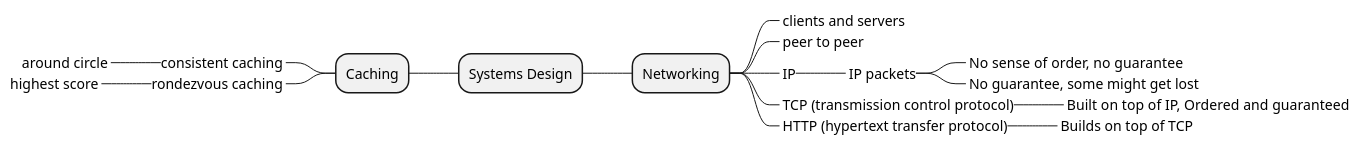
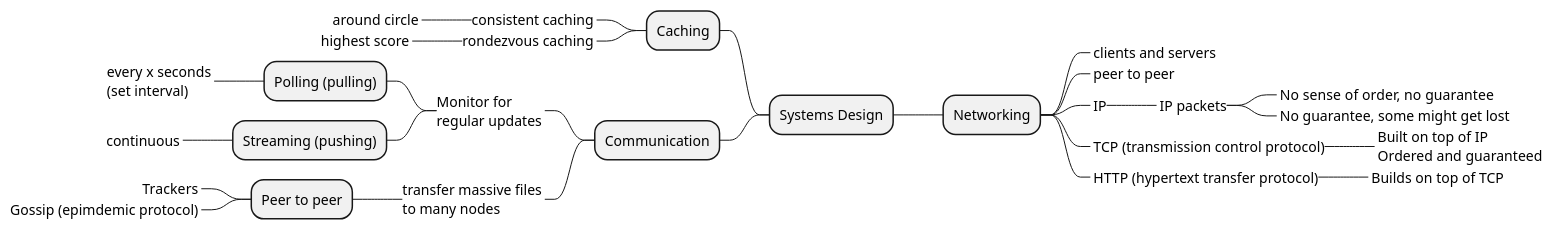
Before and after one commit to bobbyache/study-diagrams: the diagram in systems-design/_overview.plantuml, drawn with PlantUML. The commit also changed 6 other files, not shown here.

Commit message:
Updates to microservice mind maps

```diff
--- a/systems-design/_overview.plantuml
+++ b/systems-design/_overview.plantuml
@@ -2,25 +2,37 @@
 @startmindmap "System Designs Overview"
 
 + Systems Design
 ++ Networking
 +++_ clients and servers
 +++_ peer to peer
 +++_ IP
 ++++_ IP packets
 +++++_ No sense of order, no guarantee
 +++++_ No guarantee, some might get lost
 
 
 +++_ TCP (transmission control protocol)
-++++_ Built on top of IP, Ordered and guaranteed
+++++_ Built on top of IP\nOrdered and guaranteed
 
 +++_ HTTP (hypertext transfer protocol)
 ++++_ Builds on top of TCP
 
 -- Caching
 ---_ consistent caching
 ----_ around circle
 ---_ rondezvous caching
 ----_ highest score
 
+-- Communication
+---_ Monitor for\nregular updates
+---- Polling (pulling)
+-----_ every x seconds\n(set interval)
+---- Streaming (pushing)
+-----_ continuous
+---_ transfer massive files\nto many nodes
+---- Peer to peer
+-----_ Trackers
+-----_ Gossip (epimdemic protocol)
+
+
 @endmindmap
```
